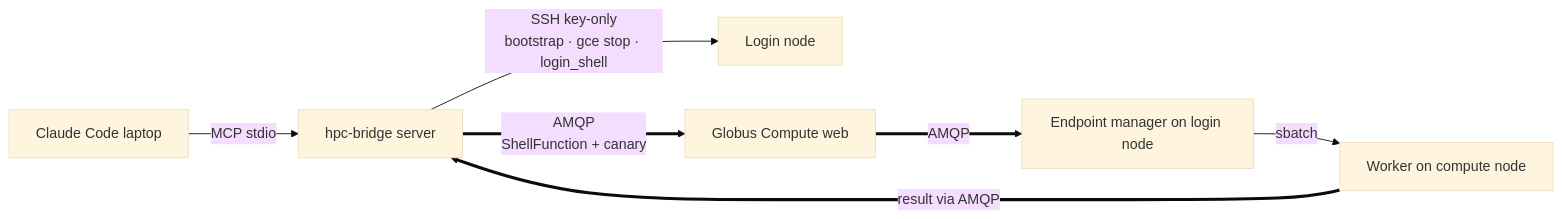
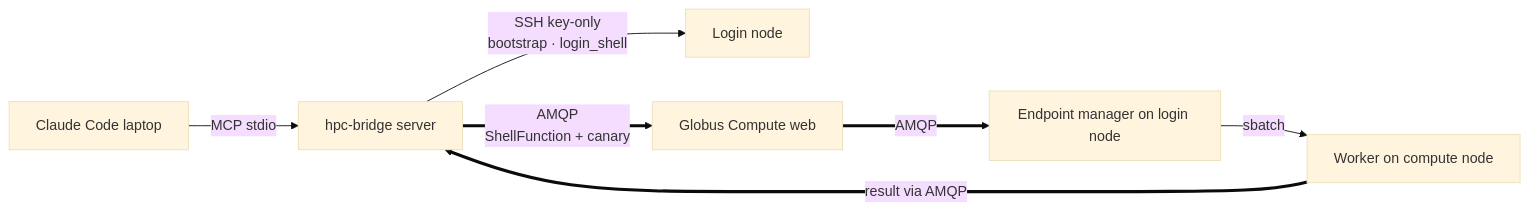
The diagram in docs/hpc-bridge-vault/Concepts/Two-channel architecture.md (ryanchard/hpc-bridge), drawn with Mermaid (base theme) before and after one commit. The commit also changed other lines of this file and 7 other files, not shown here.

````diff
--- a/docs/hpc-bridge-vault/Concepts/Two-channel architecture.md
+++ b/docs/hpc-bridge-vault/Concepts/Two-channel architecture.md
@@ -13,9 +13,9 @@
 ```mermaid
 flowchart LR
   A[Claude Code laptop] -- MCP stdio --> B[hpc-bridge server]
-  B -- "SSH key-only<br/>bootstrap · gce stop · login_shell" --> C[Login node]
+  B -- "SSH key-only<br/>bootstrap · login_shell" --> C[Login node]
   B == "AMQP<br/>ShellFunction + canary" ==> D[Globus Compute web]
   D == AMQP ==> E[Endpoint manager on login node]
   E -- sbatch --> F[Worker on compute node]
   F == "result via AMQP" ==> B
 ```
````
